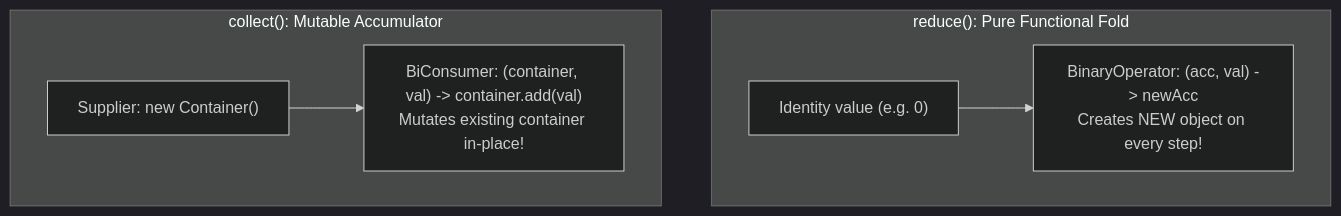
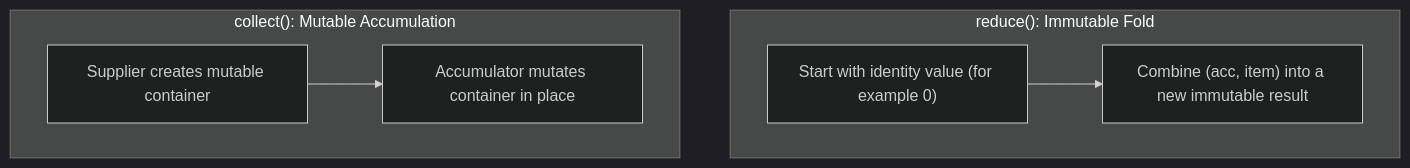
One commit to ravishankar2463/java_hub changed the first of 4 diagrams in content/roadmap/level-4/advanced-streams-collectors.md. Above: the diagram before and after it, drawn with Mermaid (dark theme). The commit also changed other lines of this file and 119 other files, not shown here.

Commit message:
feat: add comprehensive java learning roadmap content across multiple levels

````diff
--- a/content/roadmap/level-4/advanced-streams-collectors.md
+++ b/content/roadmap/level-4/advanced-streams-collectors.md
@@ -20,14 +17,10 @@
 ```mermaid
 flowchart TD
-    subgraph ImmutableReduction ["reduce(): Pure Functional Fold"]
-        RedInit["Identity value (e.g. 0)"]
-        RedOp["BinaryOperator: (acc, val) -&gt; newAcc<br/>Creates NEW object on every step!"]
-        RedInit --> RedOp
+    subgraph reduceFlow ["reduce(): Immutable Fold"]
+        r1["Start with identity value (for example 0)"] --> r2["Combine (acc, item) into a new immutable result"]
     end
 
-    subgraph MutableReduction ["collect(): Mutable Accumulator"]
-        ColInit["Supplier: new Container()"]
-        ColOp["BiConsumer: (container, val) -&gt; container.add(val)<br/>Mutates existing container in-place!"]
-        ColInit --> ColOp
+    subgraph collectFlow ["collect(): Mutable Accumulation"]
+        c1["Supplier creates mutable container"] --> c2["Accumulator mutates container in place"]
     end
 ```
````
